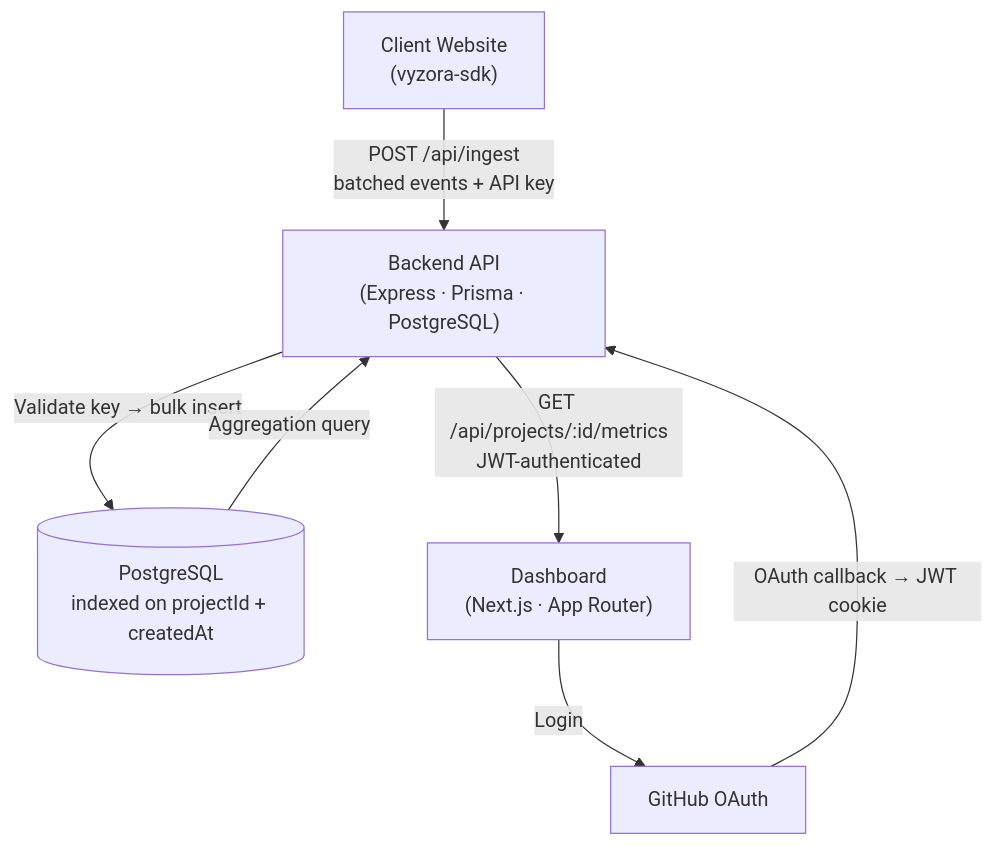
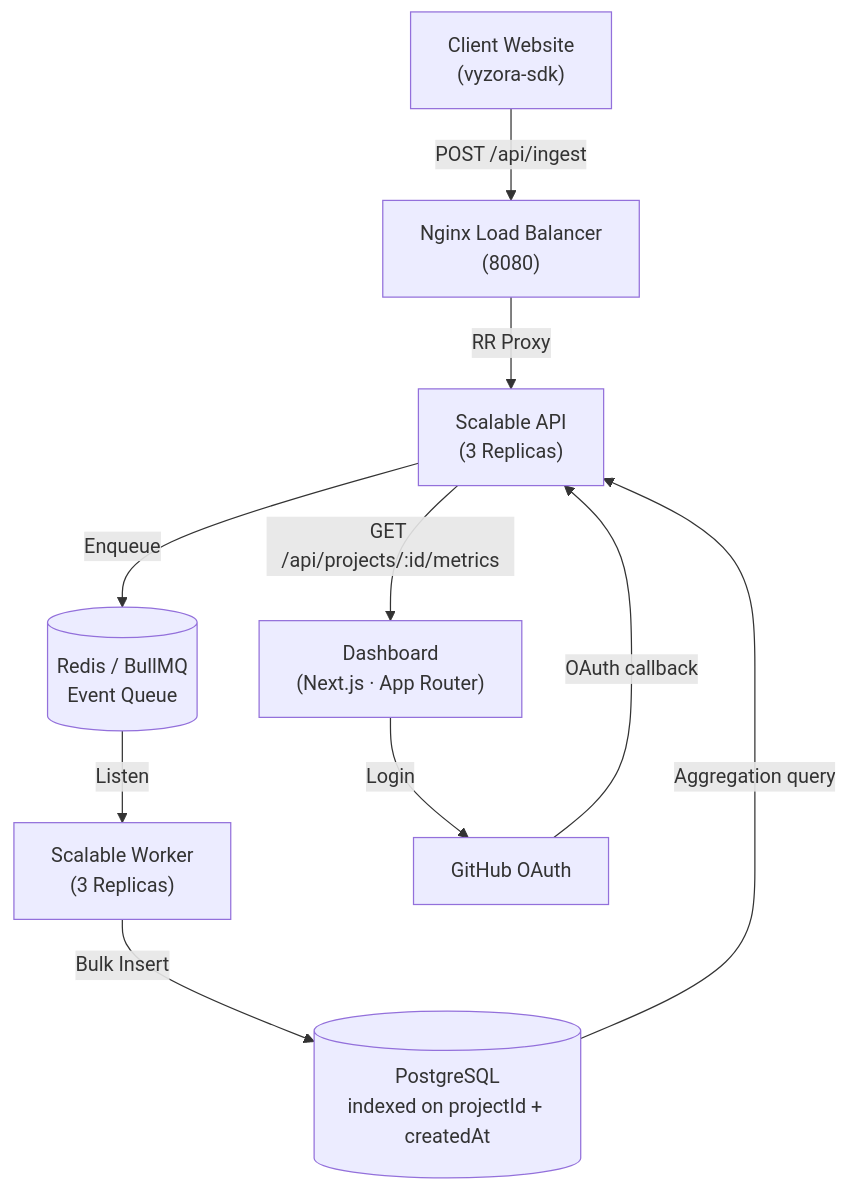
Before and after one commit to Lancerhawk/Vyzora: the first of 2 diagrams in README.md, drawn with Mermaid. The commit also changed other lines of this file and 5 other files, not shown here.

````diff
--- a/README.md
+++ b/README.md
@@ -30,15 +28,21 @@
 ```mermaid
 flowchart TD
     A["Client Website\n(vyzora-sdk)"]
-    B["Backend API\n(Express · Prisma · PostgreSQL)"]
-    C[("PostgreSQL\nindexed on projectId + createdAt")]
+    LB["Nginx Load Balancer\n(8080)"]
+    API["Scalable API\n(3 Replicas)"]
+    REDIS[("Redis / BullMQ\nEvent Queue")]
+    WRK["Scalable Worker\n(3 Replicas)"]
+    DB[("PostgreSQL\nindexed on projectId + createdAt")]
     D["Dashboard\n(Next.js · App Router)"]
     E["GitHub OAuth"]
 
-    A -- "POST /api/ingest\nbatched events + API key" --> B
-    B -- "Validate key → bulk insert" --> C
-    C -- "Aggregation query" --> B
-    B -- "GET /api/projects/:id/metrics\nJWT-authenticated" --> D
+    A -- "POST /api/ingest" --> LB
+    LB -- "RR Proxy" --> API
+    API -- "Enqueue" --> REDIS
+    REDIS -- "Listen" --> WRK
+    WRK -- "Bulk Insert" --> DB
+    DB -- "Aggregation query" --> API
+    API -- "GET /api/projects/:id/metrics" --> D
     D -- "Login" --> E
-    E -- "OAuth callback → JWT cookie" --> B
+    E -- "OAuth callback" --> API
 ```
````
